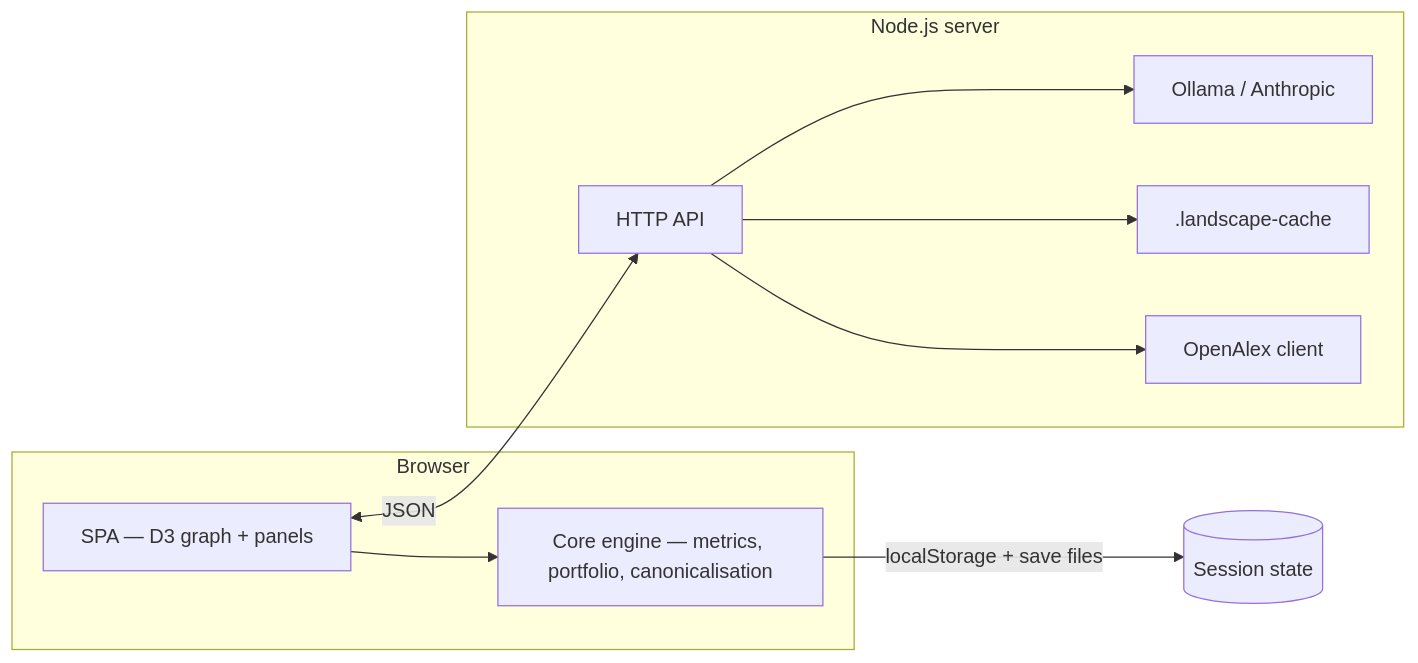
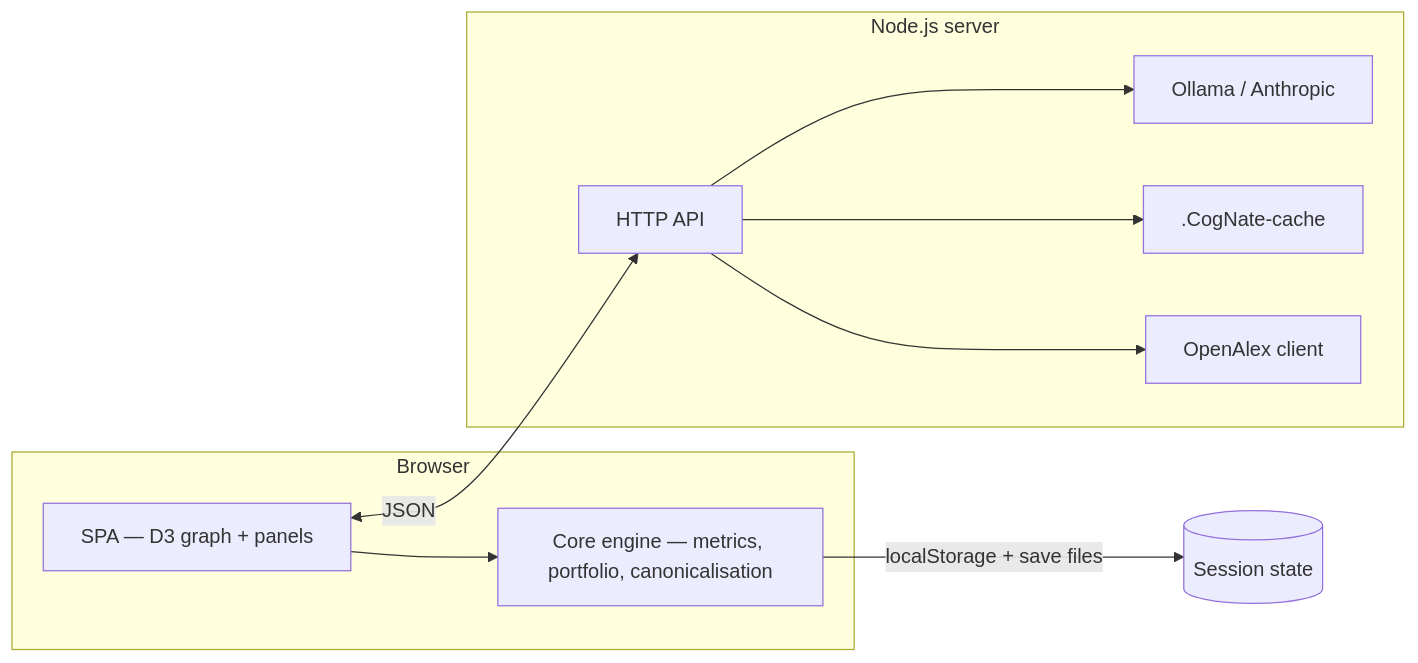
Before and after one commit to psychedelic2007/Cognate: the diagram in README.md, drawn with Mermaid. The commit also changed other lines of this file, not shown here.

````diff
--- a/README.md
+++ b/README.md
@@ -80,21 +80,21 @@
 ```mermaid
 flowchart LR
   subgraph browser [Browser]
     UI[SPA — D3 graph + panels]
     Core[Core engine — metrics, portfolio, canonicalisation]
     UI --> Core
   end
 
   subgraph server [Node.js server]
     API[HTTP API]
     LLM[Ollama / Anthropic]
-    Cache[.landscape-cache]
+    Cache[.CogNate-cache]
     OA[OpenAlex client]
     API --> LLM
     API --> Cache
     API --> OA
   end
 
   UI <-->|JSON| API
   Core -->|localStorage + save files| Store[(Session state)]
 ```
````
